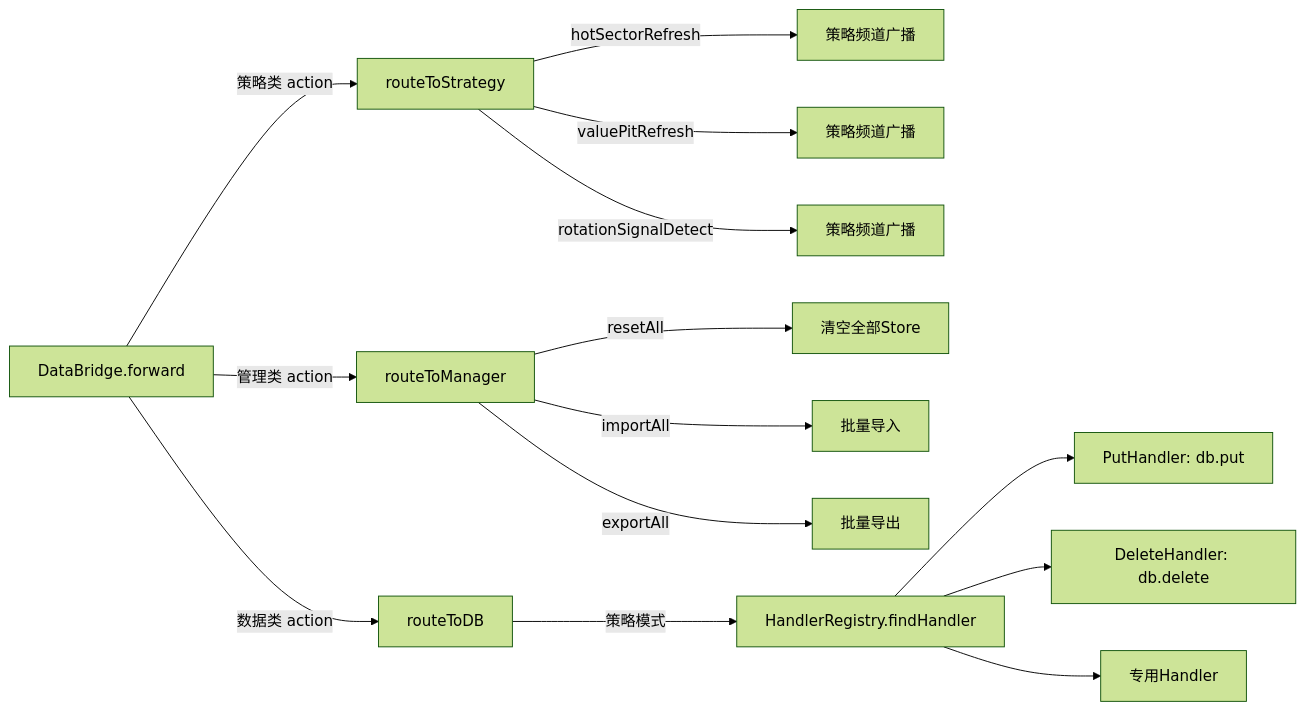
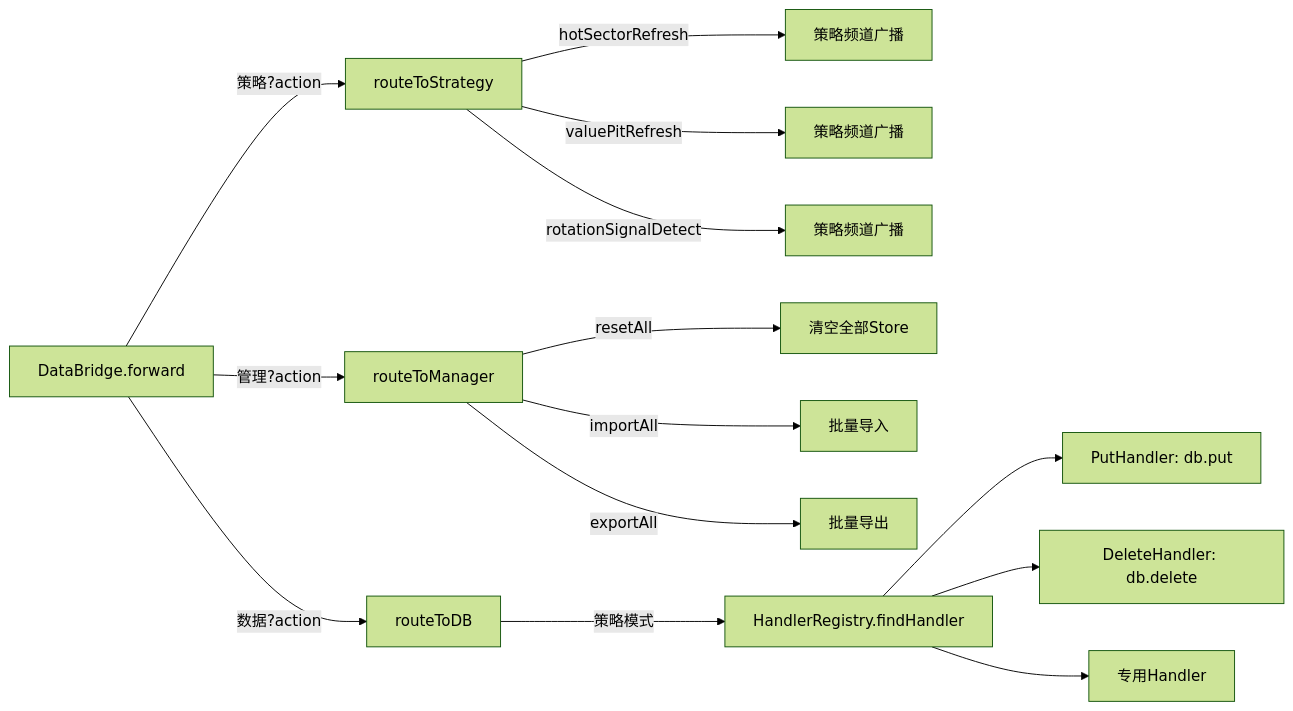
Before and after one commit to DHENGHONGYU/-: the second of 19 diagrams in docs/explanation/design/databridge数据链路全景分析报告.md, drawn with Mermaid (forest theme). The commit also changed other lines of this file and 1711 other files, not shown here.

````diff
--- a/docs/explanation/design/databridge数据链路全景分析报告.md
+++ b/docs/explanation/design/databridge数据链路全景分析报告.md
@@ -65,19 +66,19 @@
 ```mermaid
 graph LR
-    Forward[DataBridge.forward] -->|策略类 action| Strategy[routeToStrategy]
-    Forward -->|管理类 action| Manager[routeToManager]
-    Forward -->|数据类 action| DB[routeToDB]
+    Forward[DataBridge.forward] -->|策略?action| Strategy[routeToStrategy]
+    Forward -->|管理?action| Manager[routeToManager]
+    Forward -->|数据?action| DB[routeToDB]
     
     Strategy -->|hotSectorRefresh| HS[策略频道广播]
     Strategy -->|valuePitRefresh| VP[策略频道广播]
     Strategy -->|rotationSignalDetect| RS[策略频道广播]
     
     Manager -->|resetAll| Reset[清空全部Store]
     Manager -->|importAll| Import[批量导入]
     Manager -->|exportAll| Export[批量导出]
     
     DB -->|策略模式| Handler[HandlerRegistry.findHandler]
     Handler --> Put[PutHandler: db.put]
     Handler --> Delete[DeleteHandler: db.delete]
     Handler --> Special[专用Handler]
 ```
````
